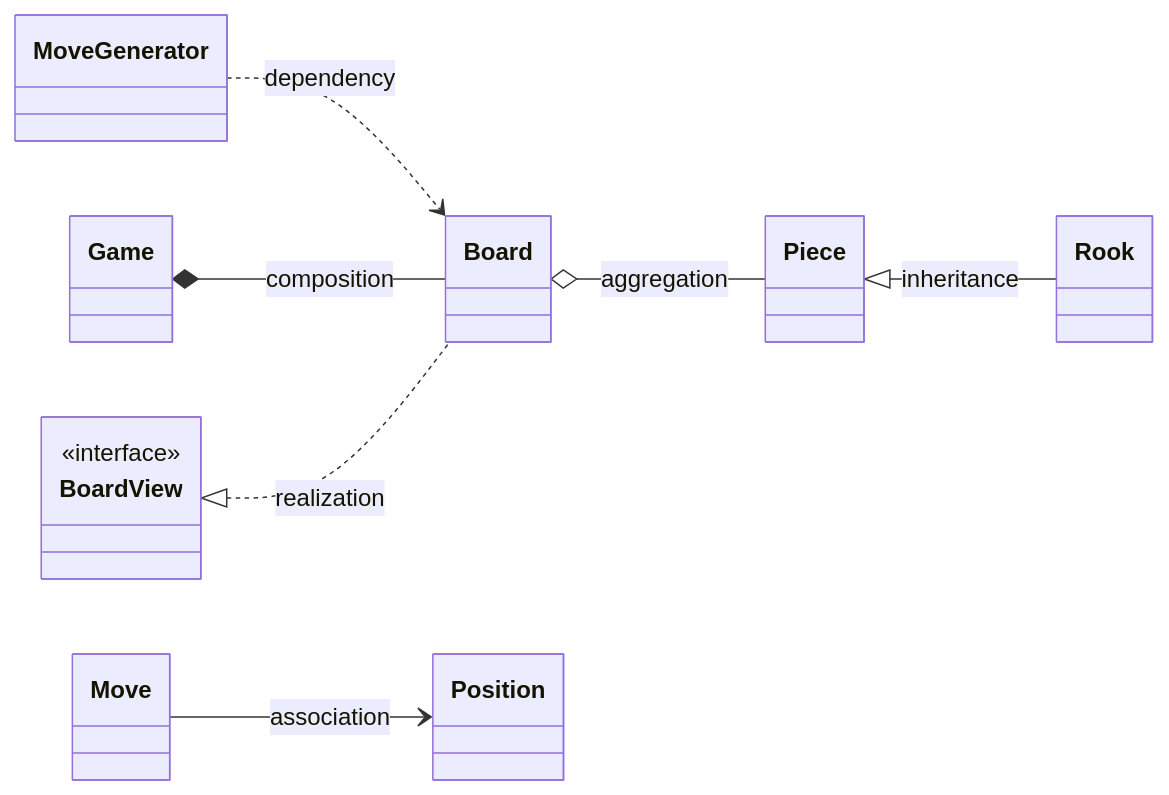
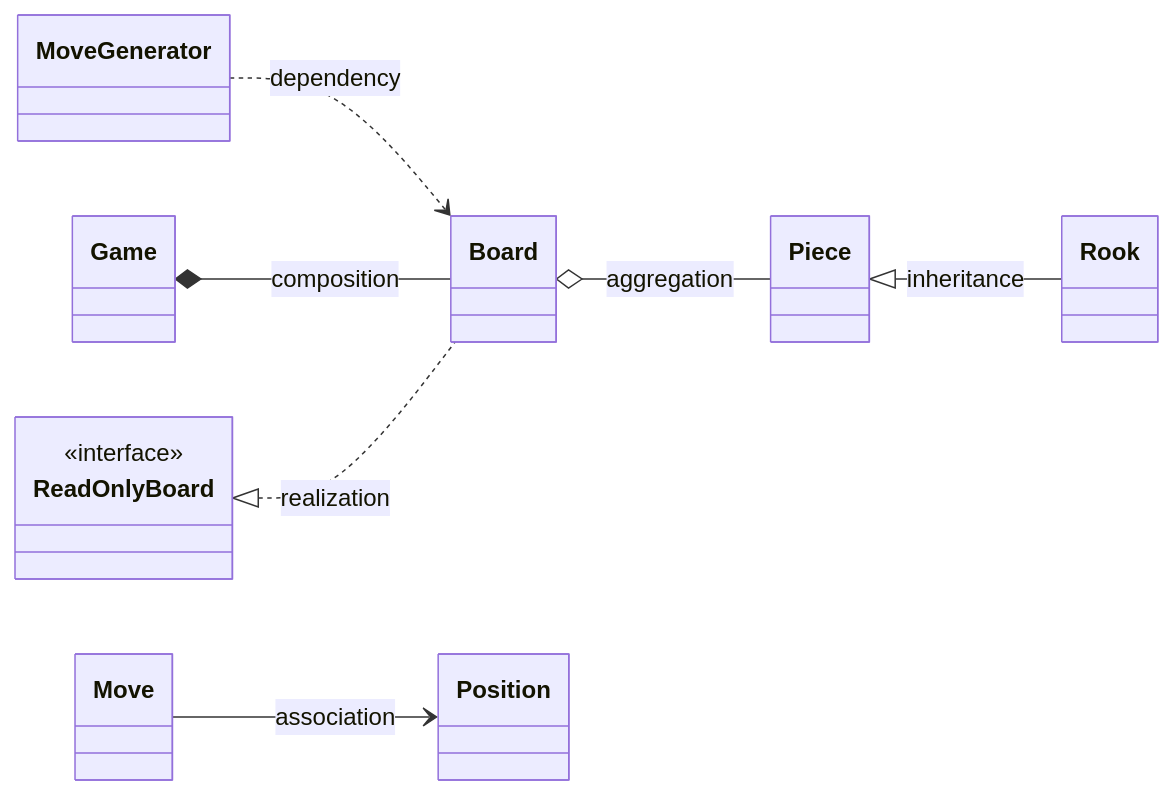
One commit to goleador/CSC413 changed the diagram in lectures/session-14-uml/diagrams/arrows.mmd. Above: the diagram before and after it, drawn with Mermaid. The commit also changed 24 other files, not shown here.

First line of the commit message:
Rename read-only BoardView to ReadOnlyBoard; renumber MVC references to M6

```diff
--- a/lectures/session-14-uml/diagrams/arrows.mmd
+++ b/lectures/session-14-uml/diagrams/arrows.mmd
@@ -1,11 +1,11 @@
 classDiagram
     direction LR
     MoveGenerator ..> Board : dependency
     Move --> Position : association
     Board o-- Piece : aggregation
     Game *-- Board : composition
     Piece <|-- Rook : inheritance
-    BoardView <|.. Board : realization
-    class BoardView {
+    ReadOnlyBoard <|.. Board : realization
+    class ReadOnlyBoard {
         <<interface>>
     }
```
